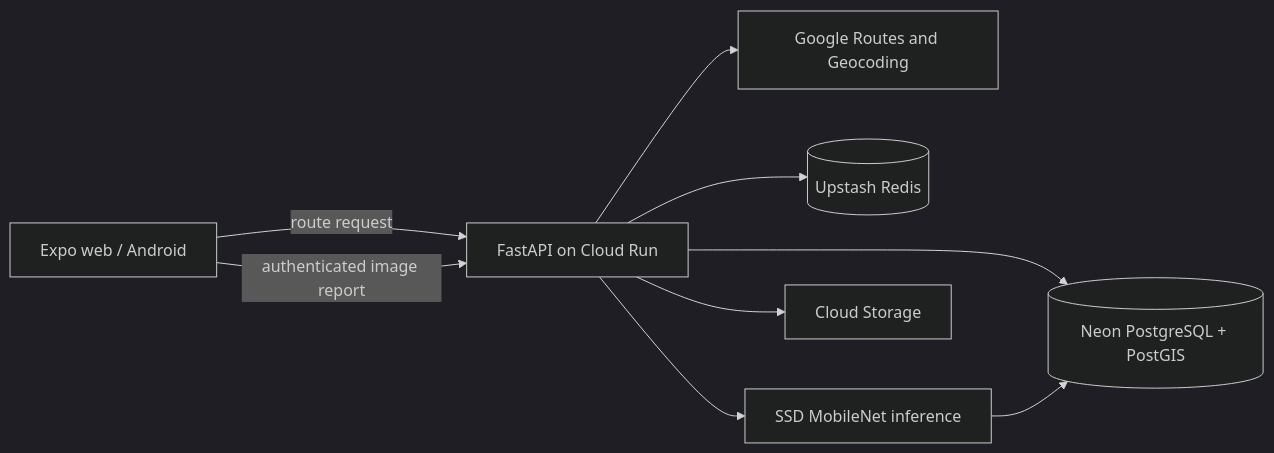
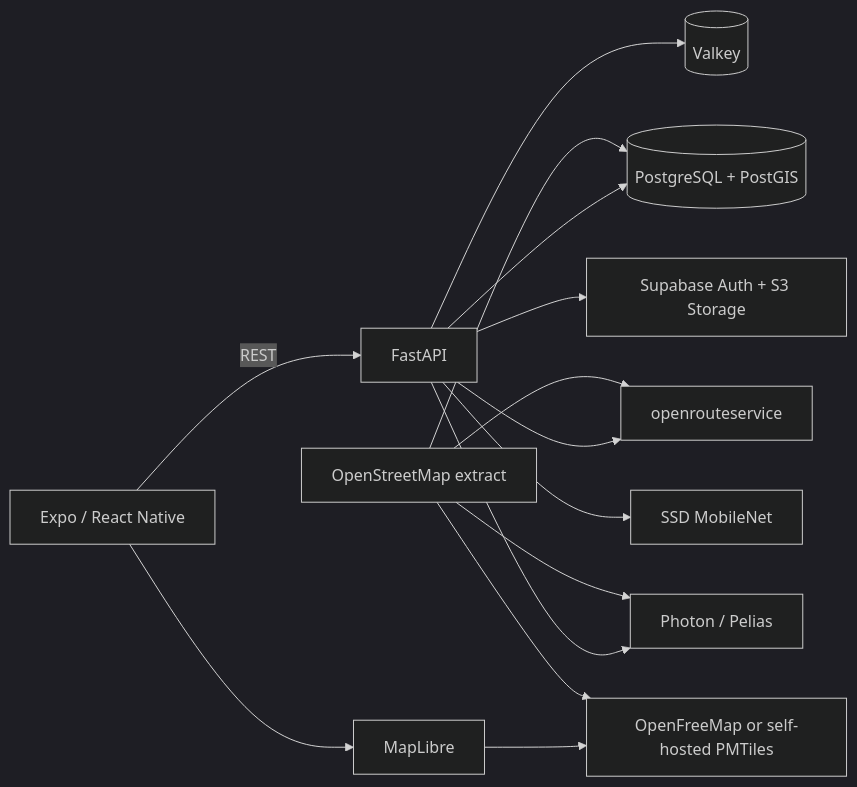
The diagram in README.md (Ep1cGaimer/PathFinder), drawn with Mermaid (dark theme) before and after one commit. The commit also changed other lines of this file and 8 other files, not shown here.

````diff
--- a/README.md
+++ b/README.md
@@ -21,11 +23,16 @@
 ```mermaid
 flowchart LR
-  A[Expo web / Android] -->|route request| B[FastAPI on Cloud Run]
-  B --> C[Google Routes and Geocoding]
-  B --> D[(Neon PostgreSQL + PostGIS)]
-  B --> E[(Upstash Redis)]
-  A -->|authenticated image report| B
-  B --> F[SSD MobileNet inference]
-  B --> G[Cloud Storage]
-  F --> D
+  C[Expo / React Native] -->|REST| A[FastAPI]
+  C --> M[MapLibre]
+  M --> T[OpenFreeMap or self-hosted PMTiles]
+  A --> P[(PostgreSQL + PostGIS)]
+  A --> V[(Valkey)]
+  A --> R[openrouteservice]
+  A --> G[Photon / Pelias]
+  A --> S[Supabase Auth + S3 Storage]
+  A --> CV[SSD MobileNet]
+  O[OpenStreetMap extract] --> P
+  O --> R
+  O --> G
+  O --> T
 ```
````
